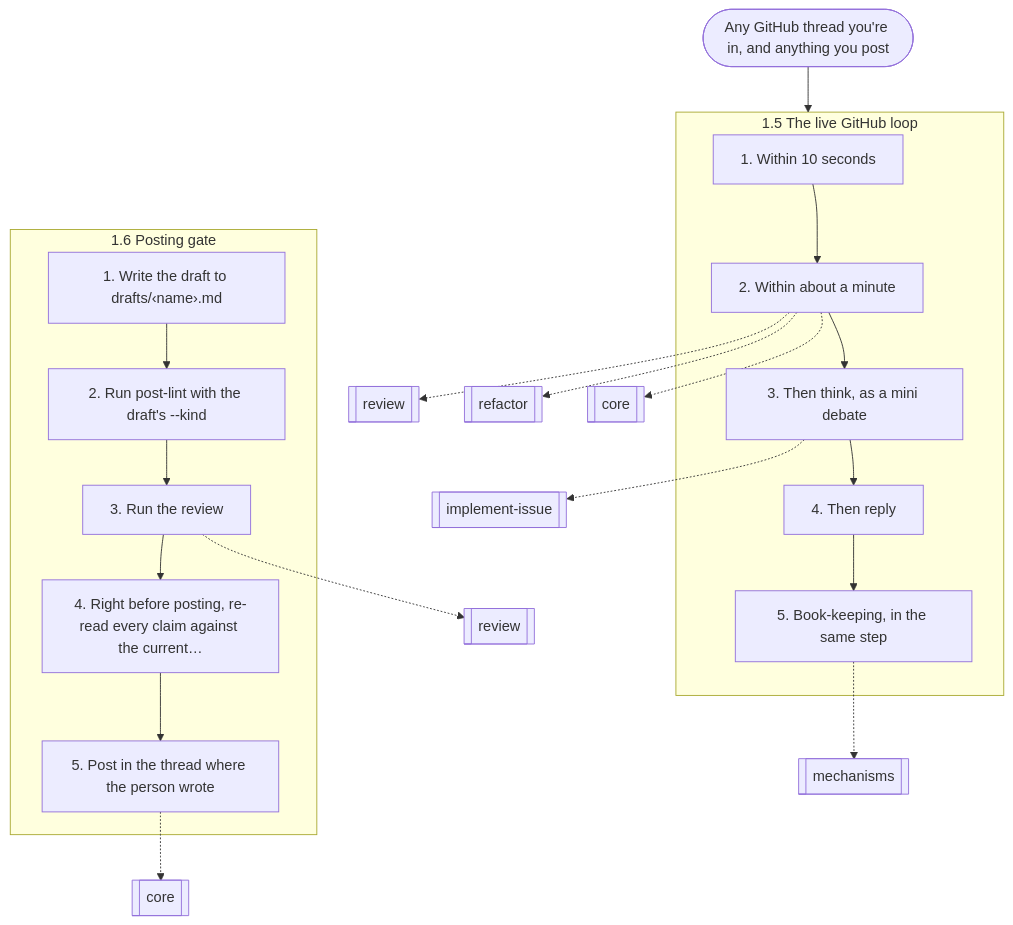
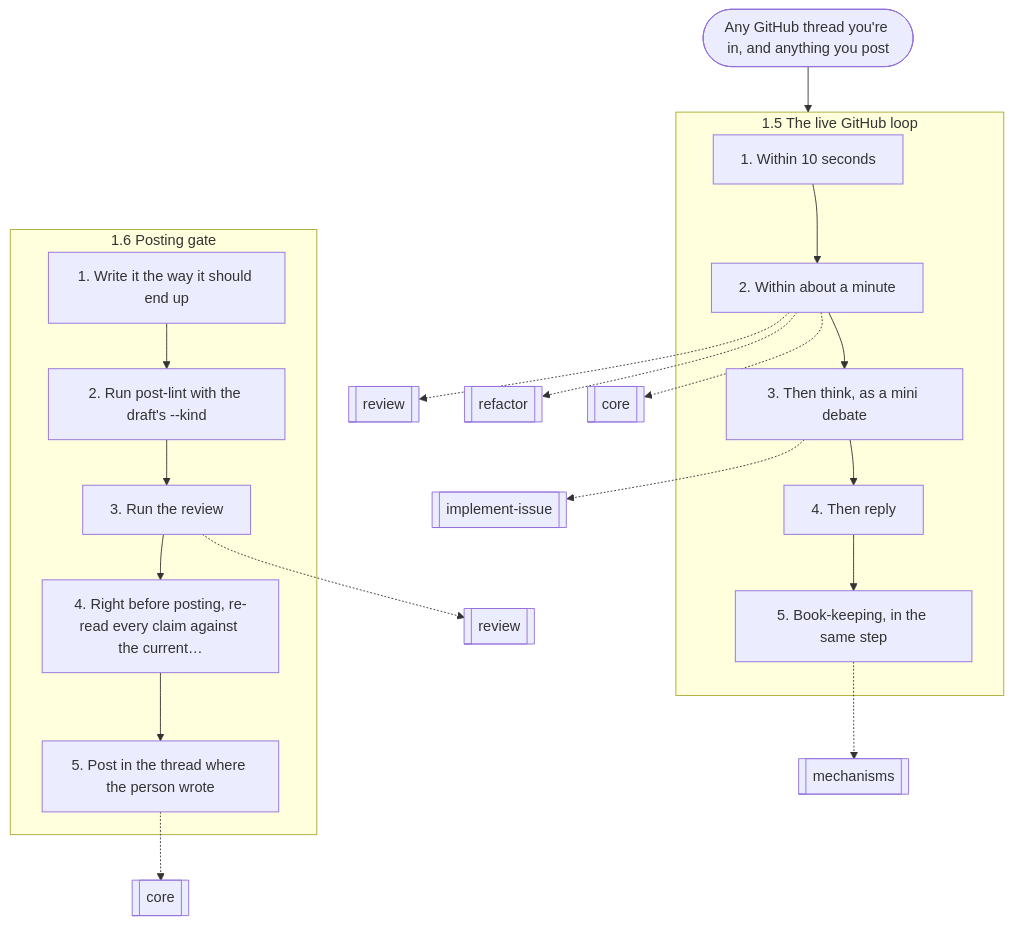
Before and after one commit to nitedani/mergeworthy: the third of 14 diagrams in docs/graphs.md, drawn with Mermaid. The commit also changed 1 other file, not shown here.

Commit message:
Posting: quality comes from the writing step, the gate only confirms
Step 1 of 1.6 is now how to write the post: the verdict or ask first, what the reader has and at most four
new things, write from that list, then read it as a scanner would. The gate review should return quickly
with nothing; a finding means the writing missed something, logged so the writing improves.

````diff
--- a/docs/graphs.md
+++ b/docs/graphs.md
@@ -87,35 +87,35 @@
 ```mermaid
 flowchart TB
   start(["Any GitHub thread you're in, and anything you post"])
   subgraph g0["1.5 The live GitHub loop"]
     s0["1. Within 10 seconds"]
     s1["2. Within about a minute"]
     s0 --> s1
     s2["3. Then think, as a mini debate"]
     s1 --> s2
     s3["4. Then reply"]
     s2 --> s3
     s4["5. Book-keeping, in the same step"]
     s3 --> s4
   end
   s1 -.-> r1[["review"]]
   s1 -.-> r2[["refactor"]]
   s1 -.-> r3[["core"]]
   s2 -.-> r4[["implement-issue"]]
   s4 -.-> r5[["mechanisms"]]
   subgraph g1["1.6 Posting gate"]
-    s5["1. Write the draft to drafts/‹name›.md"]
+    s5["1. Write it the way it should end up"]
     s6["2. Run post-lint with the draft's --kind"]
     s5 --> s6
     s7["3. Run the review"]
     s6 --> s7
     s8["4. Right before posting, re-read every claim against the current…"]
     s7 --> s8
     s9["5. Post in the thread where the person wrote"]
     s8 --> s9
   end
   s7 -.-> r6[["review"]]
   s9 -.-> r7[["core"]]
   start --> g0
   g0 ~~~ g1
 ```
````
